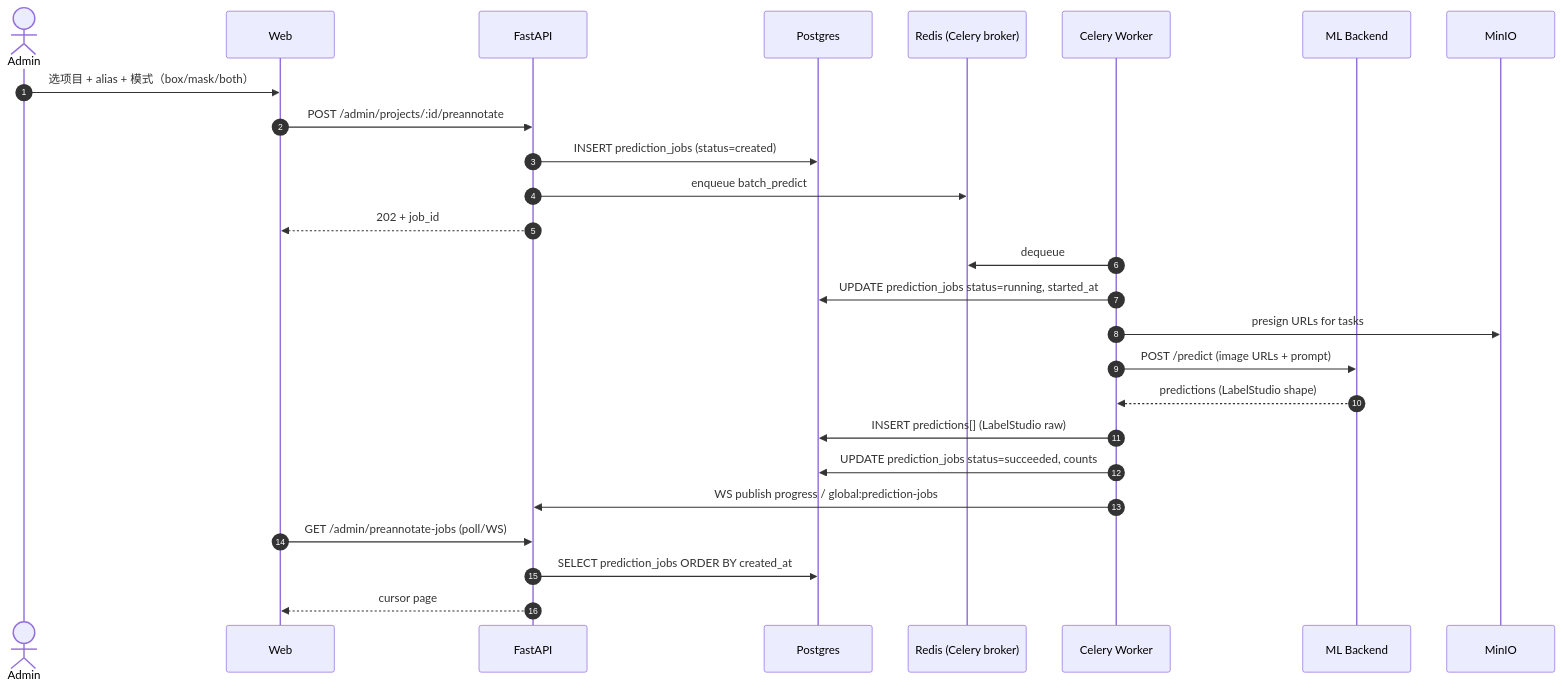
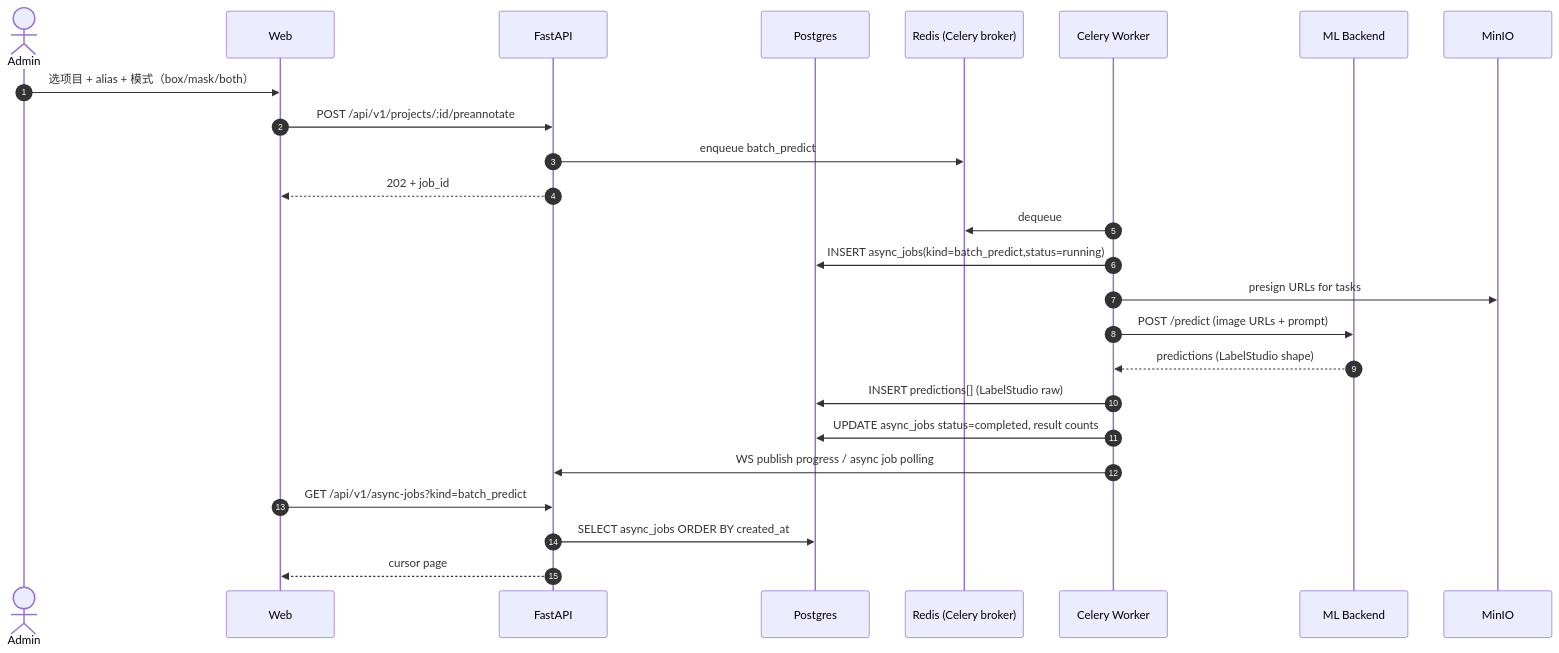
One commit to yyq19990828/ai-annotation-platform changed the second of 2 diagrams in docs-site/dev/concepts/prediction-pipeline.md. Above: the diagram before and after it, drawn with Mermaid. The commit also changed other lines of this file and 64 other files, not shown here.

````diff
--- a/docs-site/dev/concepts/prediction-pipeline.md
+++ b/docs-site/dev/concepts/prediction-pipeline.md
@@ -36,31 +41,30 @@
 ```mermaid
 sequenceDiagram
   autonumber
   actor Admin
   participant Web as Web
   participant API as FastAPI
   participant DB as Postgres
   participant Q as Redis (Celery broker)
   participant W as Celery Worker
   participant ML as ML Backend
   participant S3 as MinIO
 
   Admin->>Web: 选项目 + alias + 模式（box/mask/both）
-  Web->>API: POST /admin/projects/:id/preannotate
-  API->>DB: INSERT prediction_jobs (status=created)
+  Web->>API: POST /api/v1/projects/:id/preannotate
   API->>Q: enqueue batch_predict
   API-->>Web: 202 + job_id
 
   W->>Q: dequeue
-  W->>DB: UPDATE prediction_jobs status=running, started_at
+  W->>DB: INSERT async_jobs(kind=batch_predict,status=running)
   W->>S3: presign URLs for tasks
   W->>ML: POST /predict (image URLs + prompt)
   ML-->>W: predictions (LabelStudio shape)
   W->>DB: INSERT predictions[] (LabelStudio raw)
-  W->>DB: UPDATE prediction_jobs status=succeeded, counts
-  W->>API: WS publish progress / global:prediction-jobs
+  W->>DB: UPDATE async_jobs status=completed, result counts
+  W->>API: WS publish progress / async job polling
 
-  Web->>API: GET /admin/preannotate-jobs (poll/WS)
-  API->>DB: SELECT prediction_jobs ORDER BY created_at
+  Web->>API: GET /api/v1/async-jobs?kind=batch_predict
+  API->>DB: SELECT async_jobs ORDER BY created_at
   API-->>Web: cursor page
 ```
````
